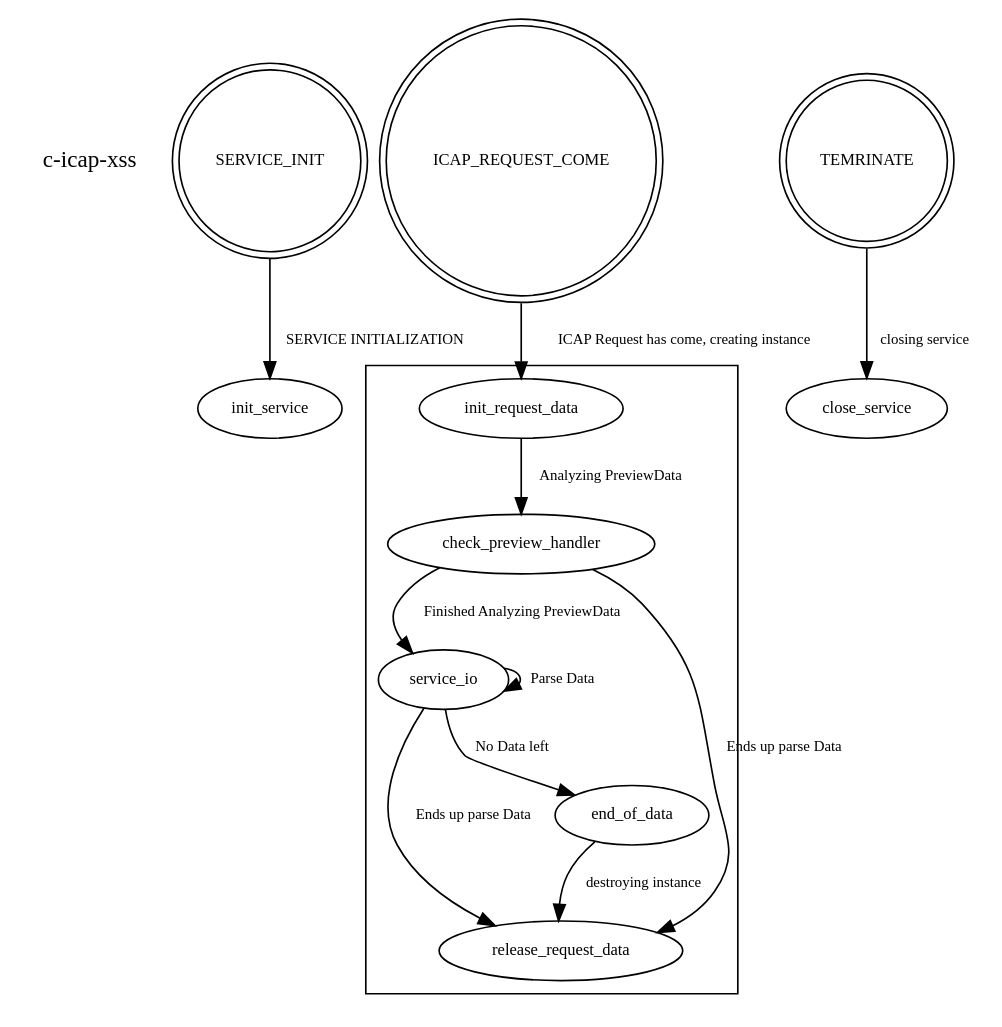
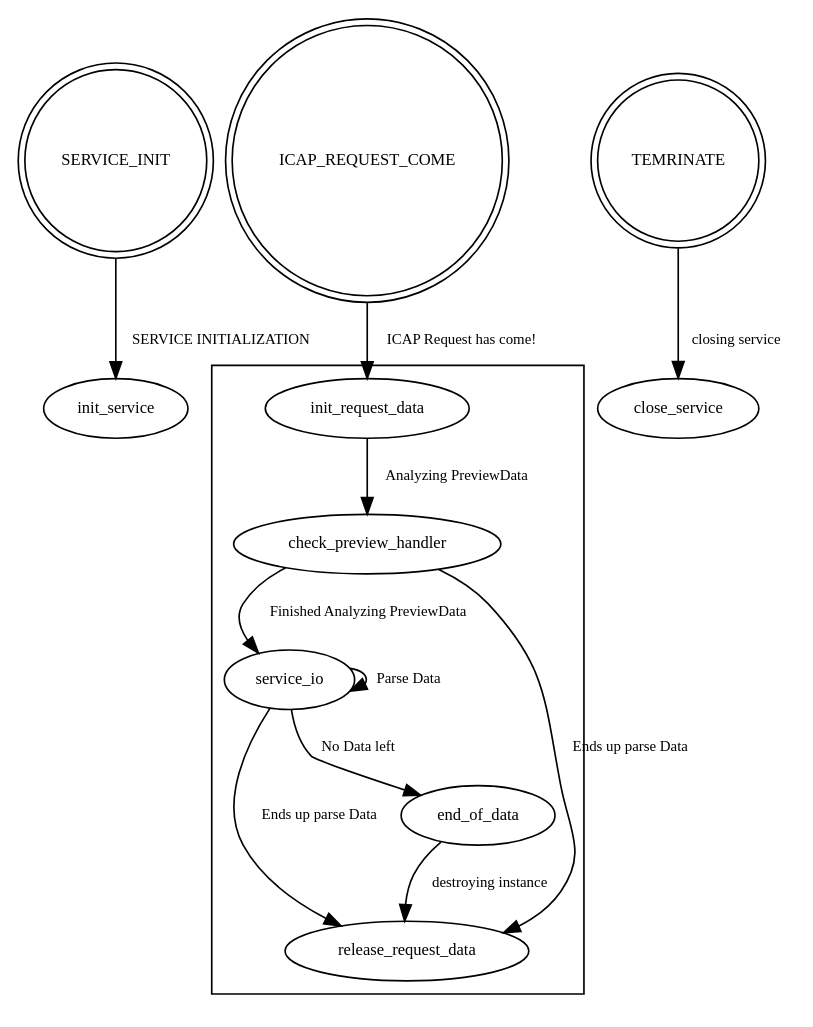
The diagram in flow.dot (syakesaba/c-icap-xss), drawn with Graphviz before and after one commit.

Commit message:
2017-615.v7

```diff
--- a/flow.dot
+++ b/flow.dot
@@ -1,36 +1,36 @@
 /*
 Graphviz - DOT language writing!
 dot -Tjpg flow.dot -o flow.jpg
 */
 
 digraph Diagram {
-    PROFILE [label = "c-icap-xss", shape=none];
+    //PROFILE [label = "c-icap-xss", shape=none];
     nodesep=0.1;
     //デフォルトノード
     node [fontsize=10];
     //デフォルトエッジ
     edge [fontsize=9];
 
     SERVICE_INIT [shape=doublecircle, label="SERVICE_INIT"];
     SERVICE_INIT -> init_service [label="SERVICE INITIALIZATION"];
 
     ICAP_REQUEST_COME [shape=doublecircle];
-    ICAP_REQUEST_COME -> init_request_data [label="ICAP Request has come, creating instance"];
+    ICAP_REQUEST_COME -> init_request_data [label="ICAP Request has come!"];
     subgraph clusterRunFlow {
         init_request_data -> check_preview_handler [label="Analyzing PreviewData"];
         check_preview_handler -> service_io [label="Finished Analyzing PreviewData"];
         check_preview_handler -> release_request_data [label="Ends up parse Data"];
         service_io -> service_io [label="Parse Data"];
         service_io -> release_request_data [label="Ends up parse Data"];
         service_io -> end_of_data [label="No Data left"];
         end_of_data -> release_request_data [label="destroying instance"];
         release_request_data;
     }
 
     SIGTERM [shape=doublecircle, label="TEMRINATE"];
 
     subgraph HaltFlow {
         SIGTERM -> close_service [label="closing service"];
     }
     { rank=same; SERVICE_INIT ICAP_REQUEST_COME SIGTERM }
 }
```
